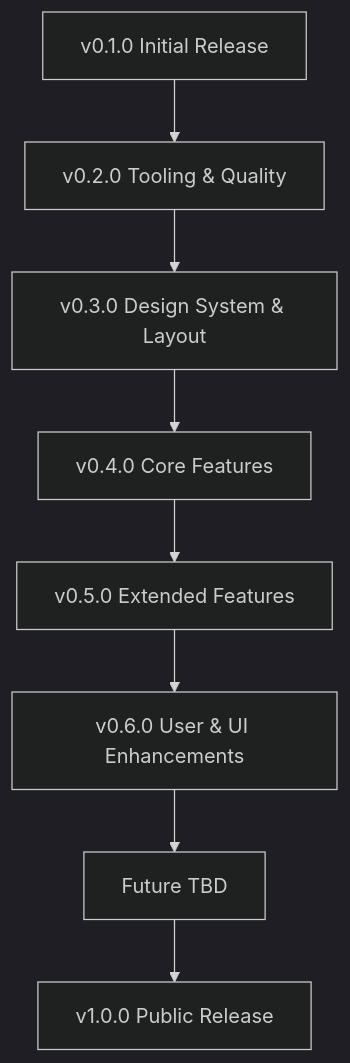
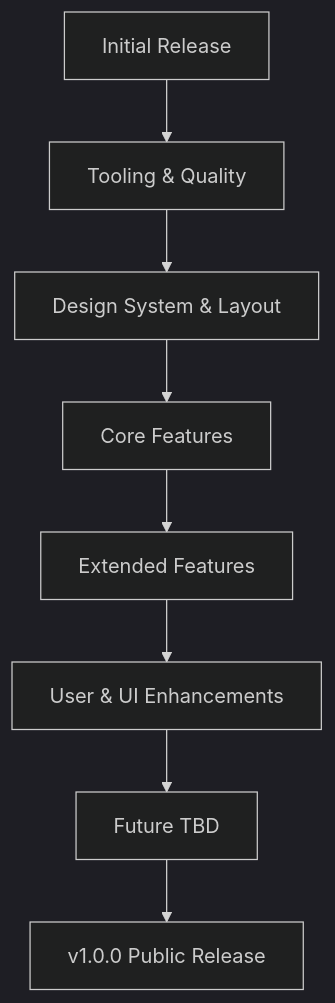
One commit to amalv/bukie changed the diagram in ROADMAP.md. Above: the diagram before and after it, drawn with Mermaid (dark theme). The commit also changed other lines of this file, not shown here.

Commit message:
docs: update roadmap to remove versioning from milestones

````diff
--- a/ROADMAP.md
+++ b/ROADMAP.md
@@ -73,10 +73,10 @@
 ```mermaid
 graph TD
-    A[v0.1.0 Initial Release] --> B[v0.2.0 Tooling & Quality]
-    B --> C[v0.3.0 Design System & Layout]
-    C --> D[v0.4.0 Core Features]
-    D --> E[v0.5.0 Extended Features]
-    E --> F[v0.6.0 User & UI Enhancements]
+    A[Initial Release] --> B[Tooling & Quality]
+    B --> C[Design System & Layout]
+    C --> D[Core Features]
+    D --> E[Extended Features]
+    E --> F[User & UI Enhancements]
     F --> G[Future TBD]
     G --> H[v1.0.0 Public Release]
 ```
````
